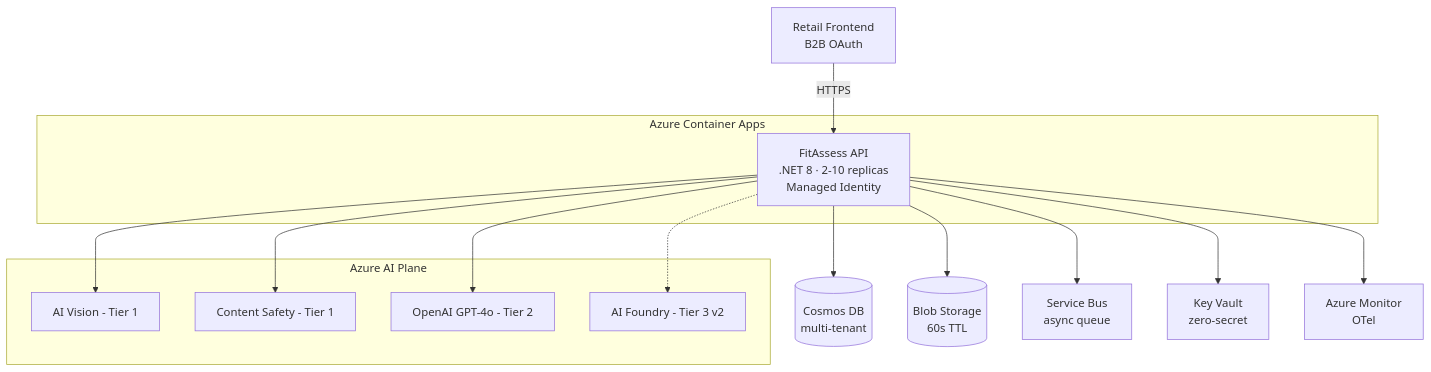
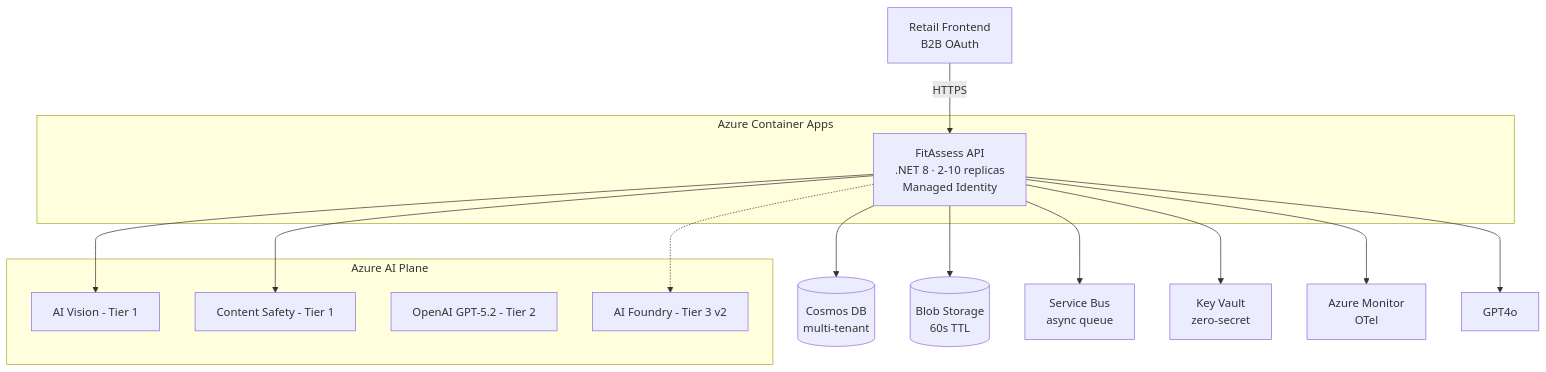
One commit to akhayash/RetailTeam-workshop changed the ninth of 12 diagrams in docs/architecture/diagrams-mermaid.md. Above: the diagram before and after it, drawn with Mermaid. The commit also changed other lines of this file and 9 other files, not shown here.

First line of the commit message:
docs: update AI models - Florence-2 for Tier 1, GPT-5.2 for Tier 2

````diff
--- a/docs/architecture/diagrams-mermaid.md
+++ b/docs/architecture/diagrams-mermaid.md
@@ -390,32 +390,32 @@
 ```mermaid
 graph TB
     RetailFE[Retail Frontend<br/>B2B OAuth]
 
     subgraph Azure Container Apps
         API[FitAssess API<br/>.NET 8 · 2-10 replicas<br/>Managed Identity]
     end
 
     subgraph Azure AI Plane
         Vision[AI Vision - Tier 1]
         Safety[Content Safety - Tier 1]
-        GPT4o[OpenAI GPT-4o - Tier 2]
+        GPT52[OpenAI GPT-5.2 - Tier 2]
         Foundry[AI Foundry - Tier 3 v2]
     end
 
     Cosmos[(Cosmos DB<br/>multi-tenant)]
     Blob[(Blob Storage<br/>60s TTL)]
     SB[Service Bus<br/>async queue]
     KV[Key Vault<br/>zero-secret]
     Monitor[Azure Monitor<br/>OTel]
 
     RetailFE -->|HTTPS| API
     API --> Vision
     API --> Safety
     API --> GPT4o
     API -.-> Foundry
     API --> Cosmos
     API --> Blob
     API --> SB
     API --> KV
     API --> Monitor
 ```
````
